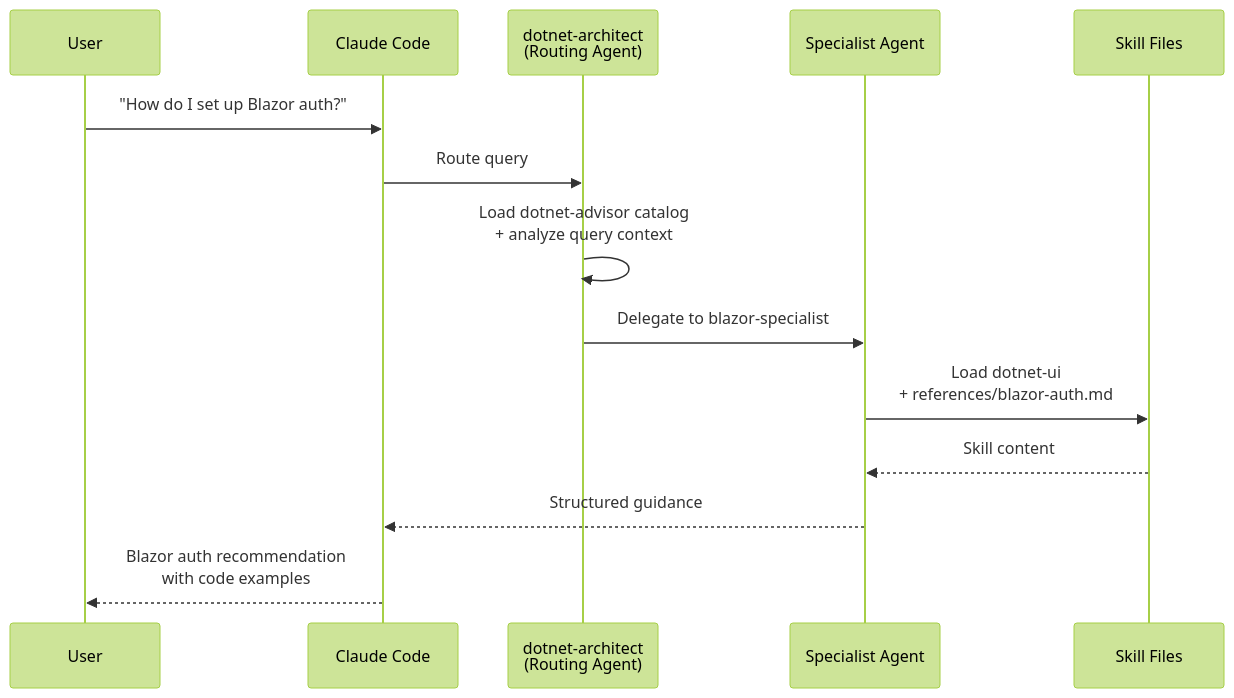
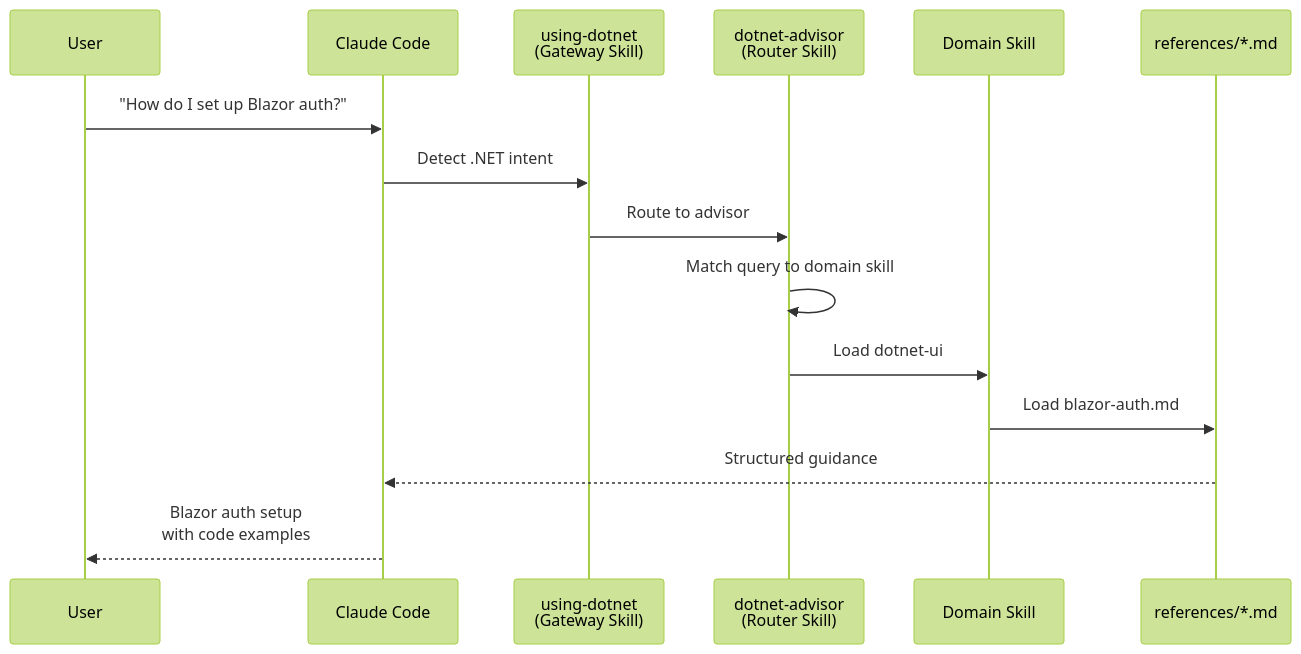
One commit to novotnyllc/dotnet-marketplace changed the second of 2 diagrams in README.md. Above: the diagram before and after it, drawn with Mermaid (forest theme). The commit also changed other lines of this file and 51 other files, not shown here.

Commit message:
Refactor and enhance .NET routing, documentation, and library references (#14)

````diff
--- a/README.md
+++ b/README.md
@@ -181,17 +184,18 @@
 ```mermaid
 sequenceDiagram
     participant User
     participant Claude as Claude Code
-    participant Router as dotnet-architect<br/>(Routing Agent)
-    participant Specialist as Specialist Agent
-    participant Skills as Skill Files
+    participant Gateway as using-dotnet<br/>(Gateway Skill)
+    participant Advisor as dotnet-advisor<br/>(Router Skill)
+    participant Domain as Domain Skill
+    participant Ref as references/*.md
 
     User->>Claude: "How do I set up Blazor auth?"
-    Claude->>Router: Route query
-    Router->>Router: Load dotnet-advisor catalog<br/>+ analyze query context
-    Router->>Specialist: Delegate to blazor-specialist
-    Specialist->>Skills: Load dotnet-ui<br/>+ references/blazor-auth.md
-    Skills-->>Specialist: Skill content
-    Specialist-->>Claude: Structured guidance
-    Claude-->>User: Blazor auth recommendation<br/>with code examples
+    Claude->>Gateway: Detect .NET intent
+    Gateway->>Advisor: Route to advisor
+    Advisor->>Advisor: Match query to domain skill
+    Advisor->>Domain: Load dotnet-ui
+    Domain->>Ref: Load blazor-auth.md
+    Ref-->>Claude: Structured guidance
+    Claude-->>User: Blazor auth setup<br/>with code examples
 ```
````
